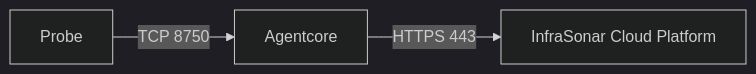
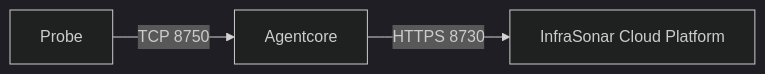
Before and after one commit to infrasonar/docs: the diagram in docs/collectors/probes/agentcore.md, drawn with Mermaid (dark theme). The commit also changed 1 other file, not shown here.

Commit message:
Update compose file and MH TCP port

````diff
--- a/docs/collectors/probes/agentcore.md
+++ b/docs/collectors/probes/agentcore.md
@@ -10,4 +10,4 @@
 ``` mermaid
 graph LR
-  probe[Probe] --> | TCP 8750 | Agentcore[Agentcore] --> | HTTPS 443 | infrasonarcloud[InfraSonar Cloud Platform];
+  probe[Probe] --> | TCP 8750 | Agentcore[Agentcore] --> | HTTPS 8730 | infrasonarcloud[InfraSonar Cloud Platform];
 ```
````
